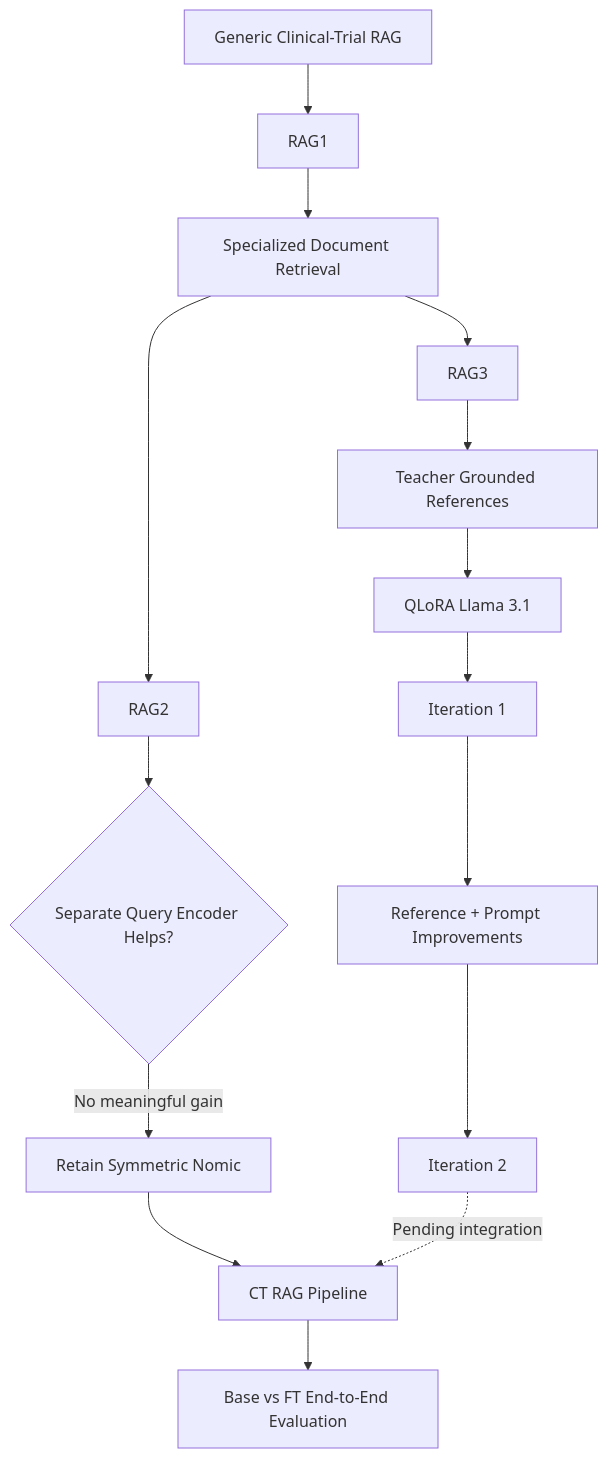
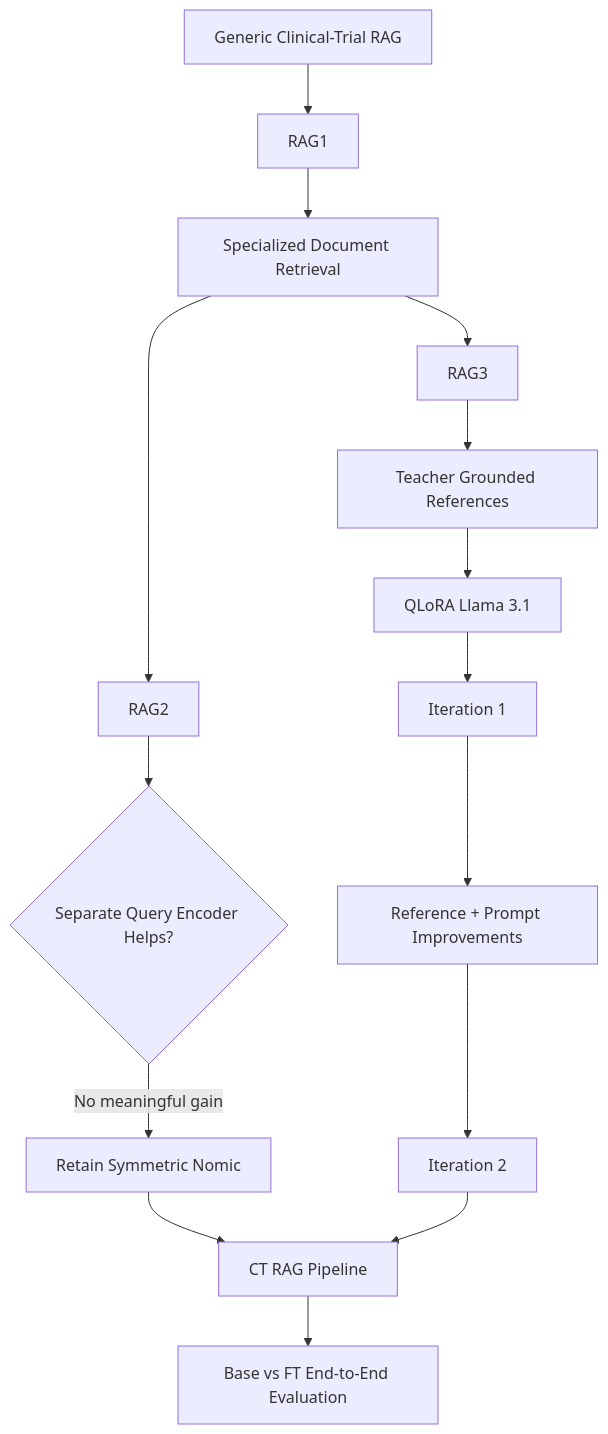
The seventh of 7 diagrams in RAG_CT_complete_compressed/README.md (vaibhav-rj/RAG-pipeline), drawn with Mermaid before and after one commit. The commit also changed other lines of this file and 1 other file, not shown here.

````diff
--- a/RAG_CT_complete_compressed/README.md
+++ b/RAG_CT_complete_compressed/README.md
@@ -490,21 +491,21 @@
 ```mermaid
 flowchart TD
     A[Generic Clinical-Trial RAG] --> B[RAG1]
     B --> C[Specialized Document Retrieval]
 
     C --> D[RAG2]
     D --> E{Separate Query Encoder Helps?}
     E -->|No meaningful gain| F[Retain Symmetric Nomic]
 
     C --> G[RAG3]
     G --> H[Teacher Grounded References]
     H --> I[QLoRA Llama 3.1]
     I --> J[Iteration 1]
     J --> K[Reference + Prompt Improvements]
     K --> L[Iteration 2]
 
     F --> M[CT RAG Pipeline]
-    L -. Pending integration .-> M
+    L --> M
 
     M --> N[Base vs FT End-to-End Evaluation]
 ```
````
